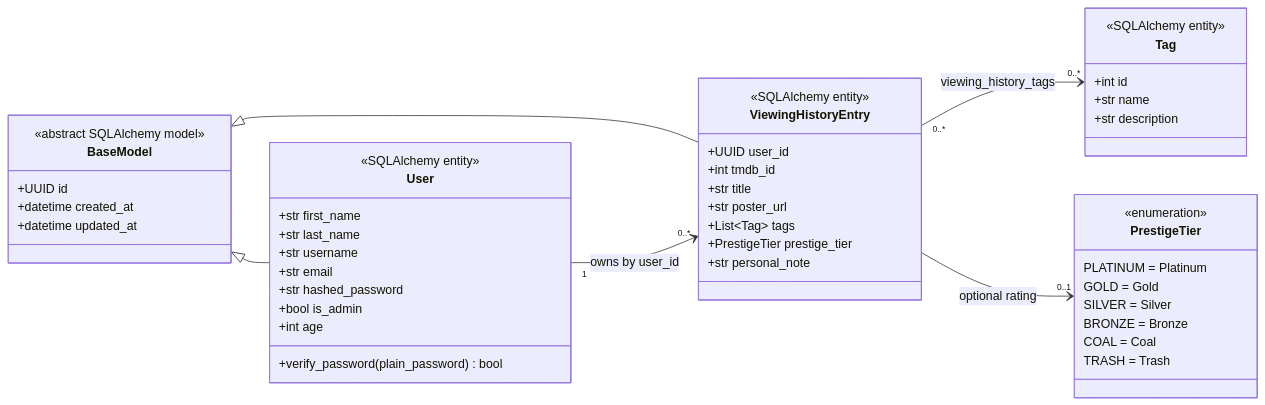
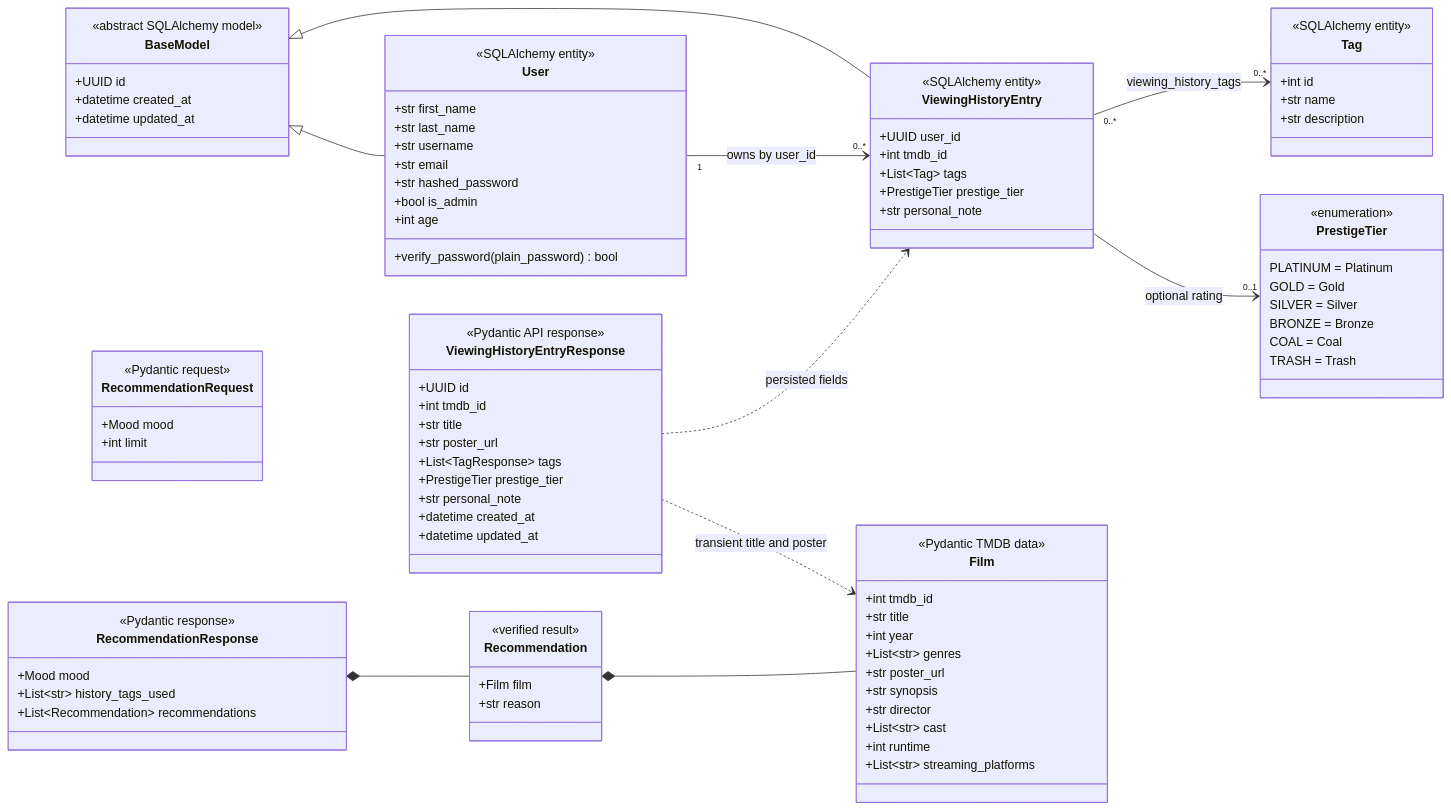
Before and after one commit to zahin-dev/Film-like: the diagram in docs/diagrams/ClassDiagram.md, drawn with Mermaid. The commit also changed other lines of this file and 42 other files, not shown here.

First line of the commit message:
feat: complete ES-backed Film-like recommendation MVP

````diff
--- a/docs/diagrams/ClassDiagram.md
+++ b/docs/diagrams/ClassDiagram.md
@@ -31,8 +31,6 @@
     <<SQLAlchemy entity>>
     +UUID user_id
     +int tmdb_id
-    +str title
-    +str poster_url
     +List~Tag~ tags
     +PrestigeTier prestige_tier
     +str personal_note
@@ -55,9 +53,59 @@
     TRASH = Trash
 }
 
+class Film {
+    <<Pydantic TMDB data>>
+    +int tmdb_id
+    +str title
+    +int year
+    +List~str~ genres
+    +str poster_url
+    +str synopsis
+    +str director
+    +List~str~ cast
+    +int runtime
+    +List~str~ streaming_platforms
+}
+
+class ViewingHistoryEntryResponse {
+    <<Pydantic API response>>
+    +UUID id
+    +int tmdb_id
+    +str title
+    +str poster_url
+    +List~TagResponse~ tags
+    +PrestigeTier prestige_tier
+    +str personal_note
+    +datetime created_at
+    +datetime updated_at
+}
+
+class RecommendationRequest {
+    <<Pydantic request>>
+    +Mood mood
+    +int limit
+}
+
+class RecommendationResponse {
+    <<Pydantic response>>
+    +Mood mood
+    +List~str~ history_tags_used
+    +List~Recommendation~ recommendations
+}
+
+class Recommendation {
+    <<verified result>>
+    +Film film
+    +str reason
+}
+
 BaseModel <|-- User
 BaseModel <|-- ViewingHistoryEntry
 User "1" --> "0..*" ViewingHistoryEntry : owns by user_id
 ViewingHistoryEntry "0..*" --> "0..*" Tag : viewing_history_tags
 ViewingHistoryEntry --> "0..1" PrestigeTier : optional rating
+ViewingHistoryEntryResponse ..> ViewingHistoryEntry : persisted fields
+ViewingHistoryEntryResponse ..> Film : transient title and poster
+RecommendationResponse *-- Recommendation
+Recommendation *-- Film
 ```
````
